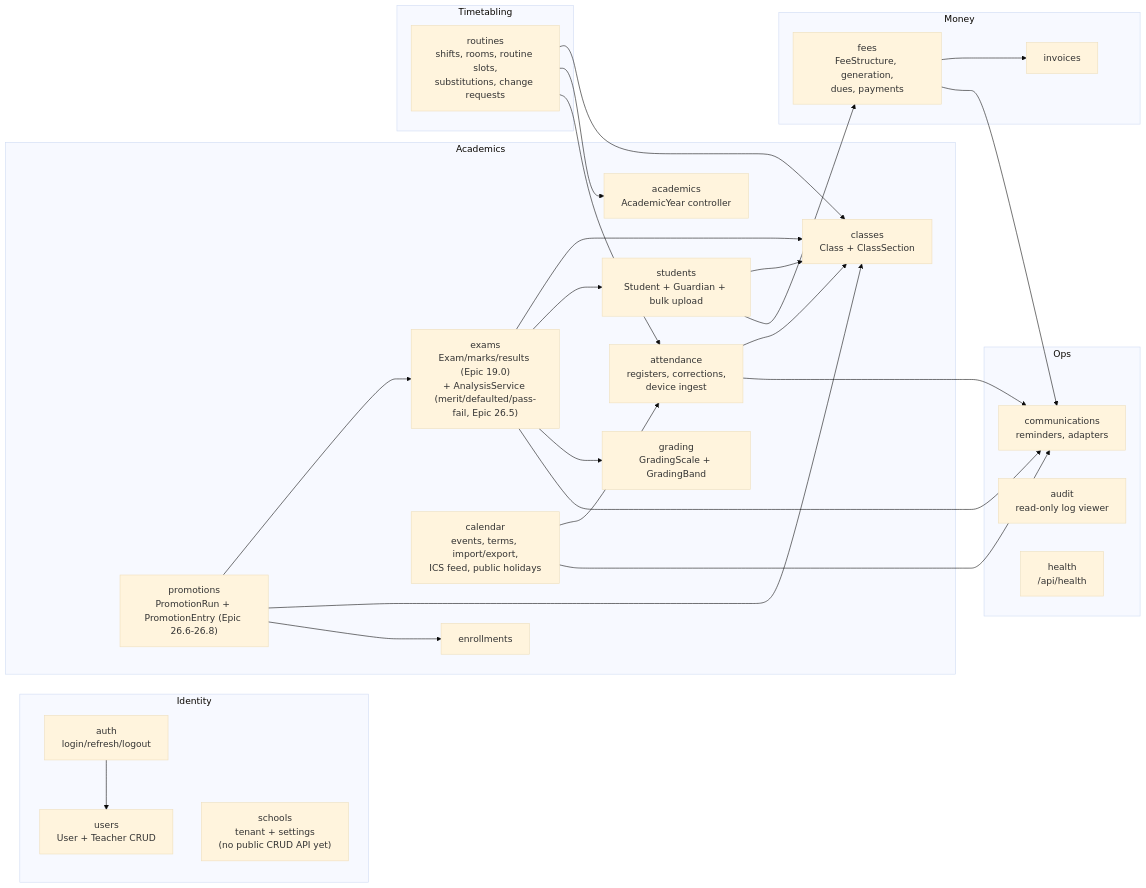
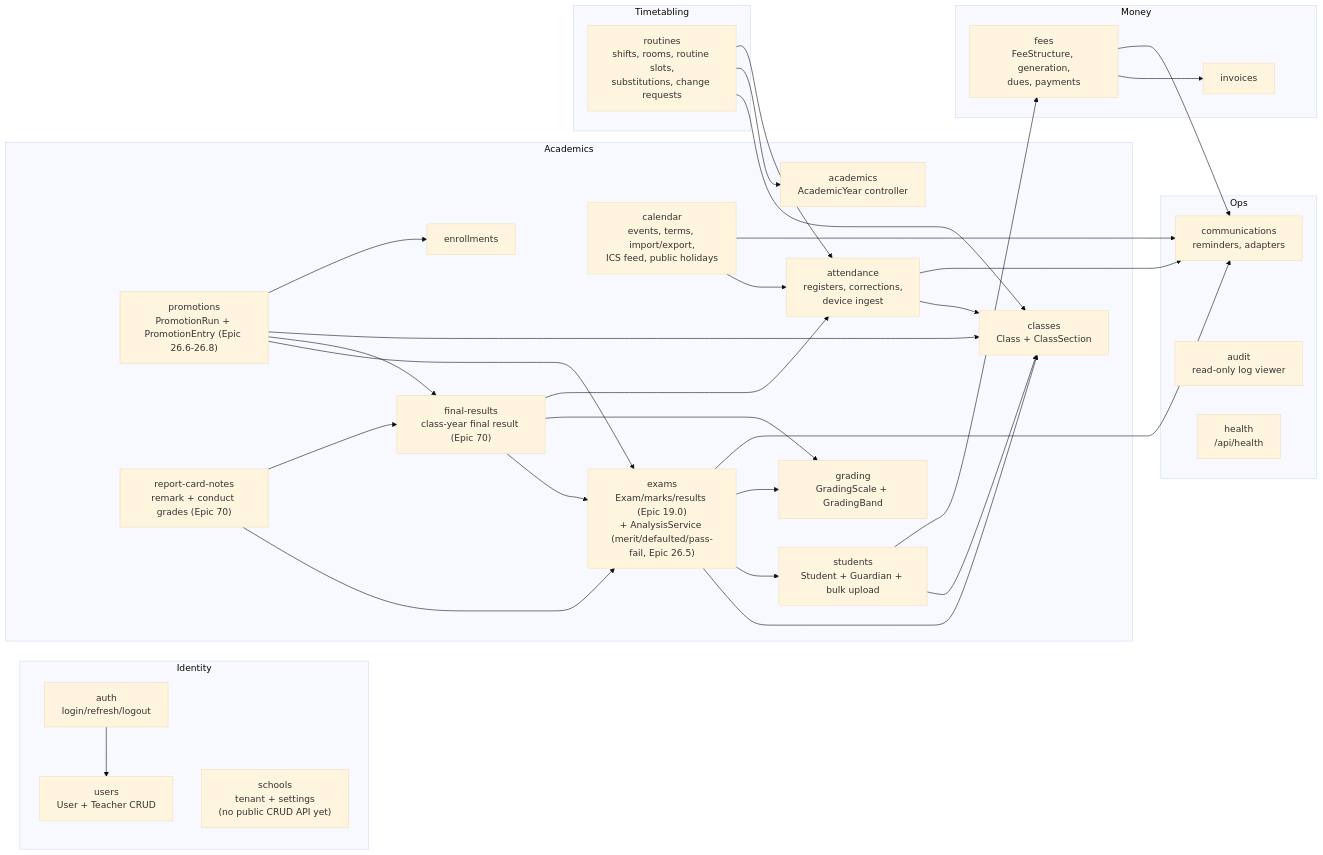
The first of 4 diagrams in docs/architecture/03-backend-modules.md (LBCron/biddaloy), drawn with Mermaid (base theme) before and after one commit. The commit also changed other lines of this file and 5 other files, not shown here.

Commit message:
docs(architecture): Epic 70 close, shipped-state docs and learnings (#3424)

````diff
--- a/docs/architecture/03-backend-modules.md
+++ b/docs/architecture/03-backend-modules.md
@@ -7,51 +7,59 @@
 ```mermaid
 flowchart LR
     subgraph Identity
         auth["auth\nlogin/refresh/logout"]
         users["users\nUser + Teacher CRUD"]
         schools["schools\ntenant + settings\n(no public CRUD API yet)"]
     end
     subgraph Academics
         academics["academics\nAcademicYear controller"]
         classes["classes\nClass + ClassSection"]
         students["students\nStudent + Guardian + bulk upload"]
         enrollments["enrollments"]
         attendance["attendance\nregisters, corrections,\ndevice ingest"]
         calendar["calendar\nevents, terms, import/export,\nICS feed, public holidays"]
         grading["grading\nGradingScale + GradingBand"]
         exams["exams\nExam/marks/results (Epic 19.0)\n+ AnalysisService (merit/defaulted/pass-fail, Epic 26.5)"]
         promotions["promotions\nPromotionRun + PromotionEntry (Epic 26.6-26.8)"]
+        finalresults["final-results\nclass-year final result (Epic 70)"]
+        cardnotes["report-card-notes\nremark + conduct grades (Epic 70)"]
     end
     subgraph Money
         fees["fees\nFeeStructure, generation,\ndues, payments"]
         invoices["invoices"]
     end
     subgraph Ops
         communications["communications\nreminders, adapters"]
         audit["audit\nread-only log viewer"]
         health["health\n/api/health"]
     end
     subgraph Timetabling
         routines["routines\nshifts, rooms, routine slots,\nsubstitutions, change requests"]
     end
 
     auth --> users
     students --> classes
     students --> fees
     fees --> invoices
     fees --> communications
     attendance --> classes
     attendance --> communications
     calendar --> attendance
     calendar --> communications
     routines --> classes
     routines --> academics
     routines --> attendance
     exams --> classes
     exams --> students
     exams --> grading
     exams --> communications
     promotions --> exams
+    promotions --> finalresults
+    finalresults --> exams
+    finalresults --> grading
+    finalresults --> attendance
+    cardnotes --> exams
+    cardnotes --> finalresults
     promotions --> classes
     promotions --> enrollments
 ```
````
